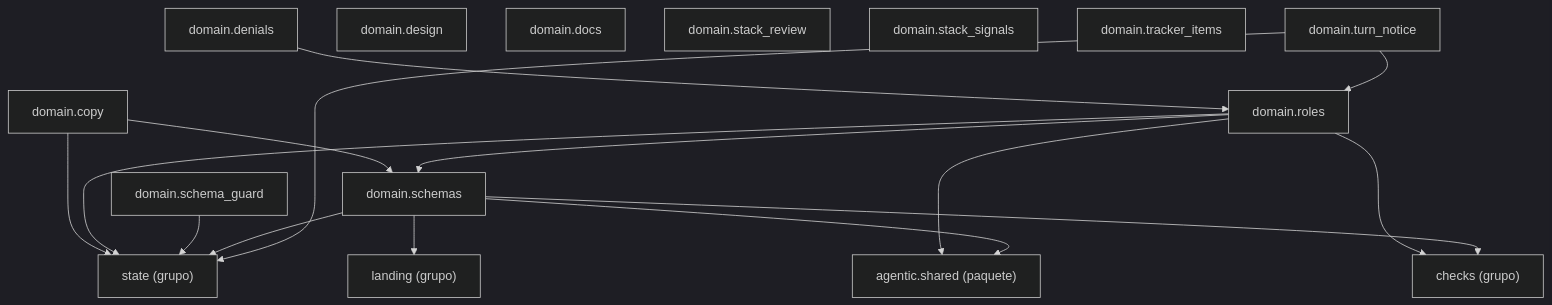
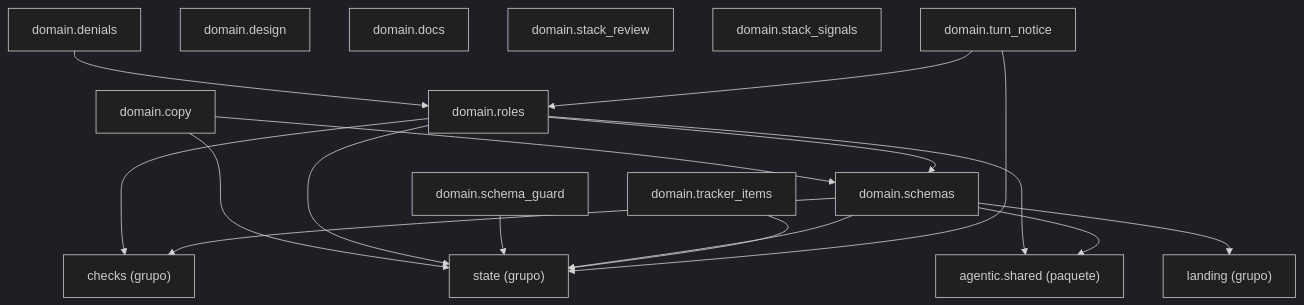
Before and after one commit to GonzaloZevallos/agentic-system: the diagram in docs/architecture/generated/packages-process-domain-roles.md, drawn with Mermaid (dark theme). The commit also changed 7 other files, not shown here.

First line of the commit message:
Raise typed human tracker items as a needs-human questions escalation and record the answer on resume

````diff
--- a/docs/architecture/generated/packages-process-domain-roles.md
+++ b/docs/architecture/generated/packages-process-domain-roles.md
@@ -11,32 +11,33 @@
 ```mermaid
 graph TD
     g_domain__checks["checks (grupo)"]
     g_domain__landing["landing (grupo)"]
     g_domain__state["state (grupo)"]
     g_pkg__agentic__shared["agentic.shared (paquete)"]
     m_domain__copy["domain.copy"]
     m_domain__denials["domain.denials"]
     m_domain__design["domain.design"]
     m_domain__docs["domain.docs"]
     m_domain__roles["domain.roles"]
     m_domain__schema_guard["domain.schema_guard"]
     m_domain__schemas["domain.schemas"]
     m_domain__stack_review["domain.stack_review"]
     m_domain__stack_signals["domain.stack_signals"]
     m_domain__tracker_items["domain.tracker_items"]
     m_domain__turn_notice["domain.turn_notice"]
     m_domain__copy --> g_domain__state
     m_domain__copy --> m_domain__schemas
     m_domain__denials --> m_domain__roles
     m_domain__roles --> g_domain__checks
     m_domain__roles --> g_domain__state
     m_domain__roles --> g_pkg__agentic__shared
     m_domain__roles --> m_domain__schemas
     m_domain__schema_guard --> g_domain__state
     m_domain__schemas --> g_domain__checks
     m_domain__schemas --> g_domain__landing
     m_domain__schemas --> g_domain__state
     m_domain__schemas --> g_pkg__agentic__shared
+    m_domain__tracker_items --> g_domain__state
     m_domain__turn_notice --> g_domain__state
     m_domain__turn_notice --> m_domain__roles
 ```
````
